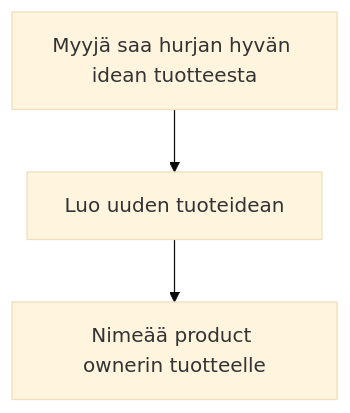
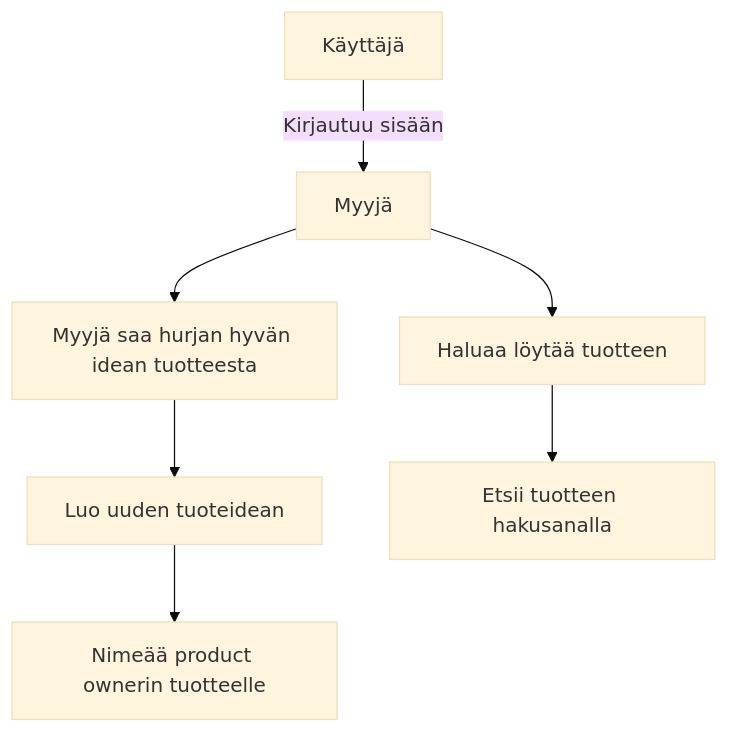
The fourth of 7 diagrams in dokumentit/02-vaatimusmaarittely/vaatimusmaarittely.md (martimik/TuHlaRi-core), drawn with Mermaid (base theme) before and after one commit. The commit also changed other lines of this file, not shown here.

````diff
--- a/dokumentit/02-vaatimusmaarittely/vaatimusmaarittely.md
+++ b/dokumentit/02-vaatimusmaarittely/vaatimusmaarittely.md
@@ -168,6 +169,17 @@
 ```mermaid
  graph TD
-A["Myyjä saa hurjan hyvän idean tuotteesta"]-->B["Luo uuden tuoteidean"]
-B-->C["Nimeää product ownerin tuotteelle"]
+ 
+U["Käyttäjä"]
+M["Myyjä"]
+
+U --> |Kirjautuu sisään|M
+
+M --> A1
+M --> A2
+ 
+A1["Myyjä saa hurjan hyvän idean tuotteesta"]-->B1["Luo uuden tuoteidean"]
+B1-->C1["Nimeää product ownerin tuotteelle"]
+
+A2["Haluaa löytää tuotteen"]-->B2["Etsii tuotteen hakusanalla"]
 
 ```
````
